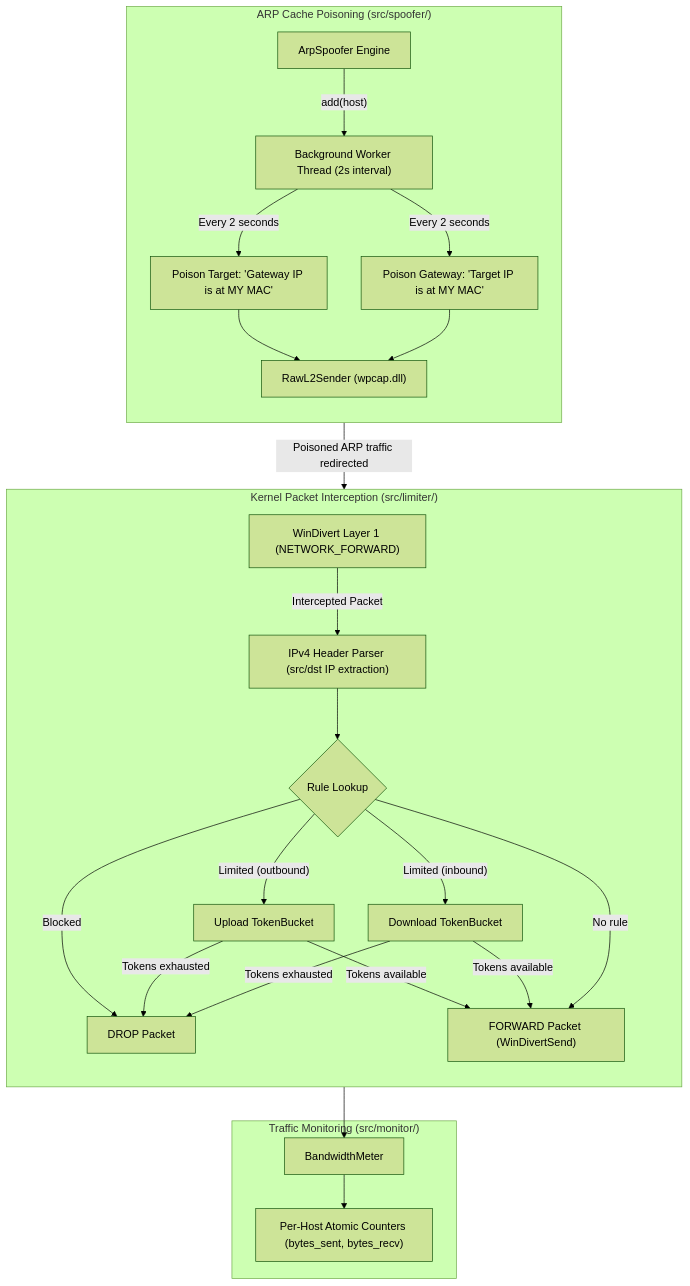
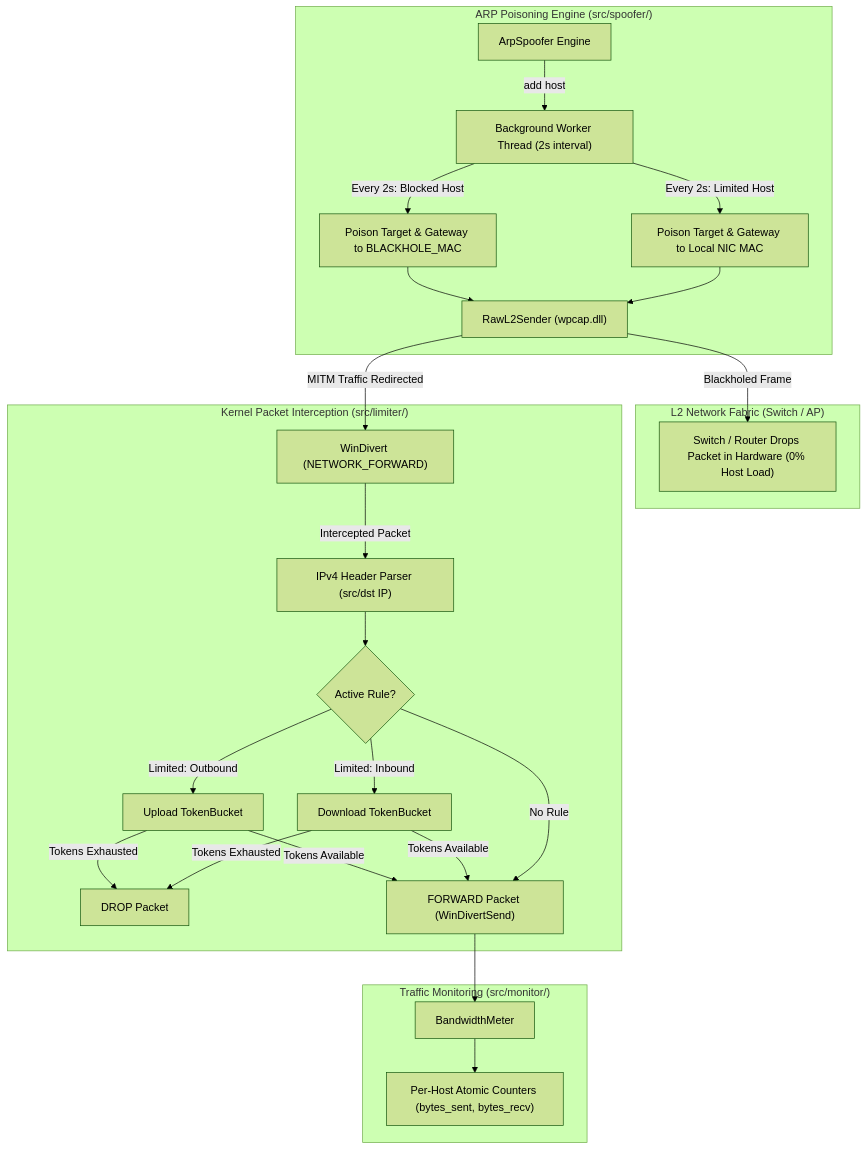
Before and after one commit to Neutron-0/Rustrict: the sixth of 14 diagrams in README.md, drawn with Mermaid (forest theme). The commit also changed other lines of this file and 1 other file, not shown here.

First line of the commit message:
docs(readme,changelog): fix Mermaid diagram syntax and document L2 blackholing

````diff
--- a/README.md
+++ b/README.md
@@ -390,46 +384,47 @@
 ```mermaid
-flowchart TB
-    subgraph ARP_POISONING["ARP Cache Poisoning (src/spoofer/)"]
-        direction TB
+flowchart TD
+    subgraph ARP_POISONING["ARP Poisoning Engine (src/spoofer/)"]
         SpooferEngine["ArpSpoofer Engine"]
         WorkerThread["Background Worker Thread (2s interval)"]
         L2Sender["RawL2Sender (wpcap.dll)"]
 
-        SpooferEngine -->|"add(host)"| WorkerThread
-        WorkerThread -->|"Every 2 seconds"| PoisonTarget["Poison Target: 'Gateway IP is at MY MAC'"]
-        WorkerThread -->|"Every 2 seconds"| PoisonGW["Poison Gateway: 'Target IP is at MY MAC'"]
-        PoisonTarget --> L2Sender
-        PoisonGW --> L2Sender
+        SpooferEngine -->|add host| WorkerThread
+        WorkerThread -->|Every 2s: Blocked Host| PoisonBlackhole["Poison Target & Gateway to BLACKHOLE_MAC"]
+        WorkerThread -->|Every 2s: Limited Host| PoisonLocal["Poison Target & Gateway to Local NIC MAC"]
+        PoisonBlackhole --> L2Sender
+        PoisonLocal --> L2Sender
+    end
+
+    subgraph HARDWARE_DROP["L2 Network Fabric (Switch / AP)"]
+        L2Sender -->|Blackholed Frame| SwitchDrop["Switch / Router Drops Packet in Hardware (0% Host Load)"]
     end
 
     subgraph PACKET_FILTER["Kernel Packet Interception (src/limiter/)"]
-        direction TB
-        WinDivert["WinDivert Layer 1 (NETWORK_FORWARD)"]
-        IPParse["IPv4 Header Parser (src/dst IP extraction)"]
-        RuleCheck{"Rule Lookup"}
+        WinDivert["WinDivert (NETWORK_FORWARD)"]
+        IPParse["IPv4 Header Parser (src/dst IP)"]
+        RuleCheck{"Active Rule?"}
         ULBucket["Upload TokenBucket"]
         DLBucket["Download TokenBucket"]
-        Drop["DROP Packet"]
+        DivertDrop["DROP Packet"]
         Forward["FORWARD Packet (WinDivertSend)"]
 
-        WinDivert -->|"Intercepted Packet"| IPParse
+        WinDivert -->|Intercepted Packet| IPParse
         IPParse --> RuleCheck
-        RuleCheck -->|"Blocked"| Drop
-        RuleCheck -->|"Limited (outbound)"| ULBucket
-        RuleCheck -->|"Limited (inbound)"| DLBucket
-        ULBucket -->|"Tokens available"| Forward
-        ULBucket -->|"Tokens exhausted"| Drop
-        DLBucket -->|"Tokens available"| Forward
-        DLBucket -->|"Tokens exhausted"| Drop
-        RuleCheck -->|"No rule"| Forward
+        RuleCheck -->|Limited: Outbound| ULBucket
+        RuleCheck -->|Limited: Inbound| DLBucket
+        ULBucket -->|Tokens Available| Forward
+        ULBucket -->|Tokens Exhausted| DivertDrop
+        DLBucket -->|Tokens Available| Forward
+        DLBucket -->|Tokens Exhausted| DivertDrop
+        RuleCheck -->|No Rule| Forward
     end
 
     subgraph MONITORING["Traffic Monitoring (src/monitor/)"]
         Meter["BandwidthMeter"]
         AtomicCounters["Per-Host Atomic Counters (bytes_sent, bytes_recv)"]
         Meter --> AtomicCounters
     end
 
-    L2Sender -->|"Poisoned ARP traffic redirected"| WinDivert
+    L2Sender -->|MITM Traffic Redirected| WinDivert
     Forward --> Meter
 ```
````
